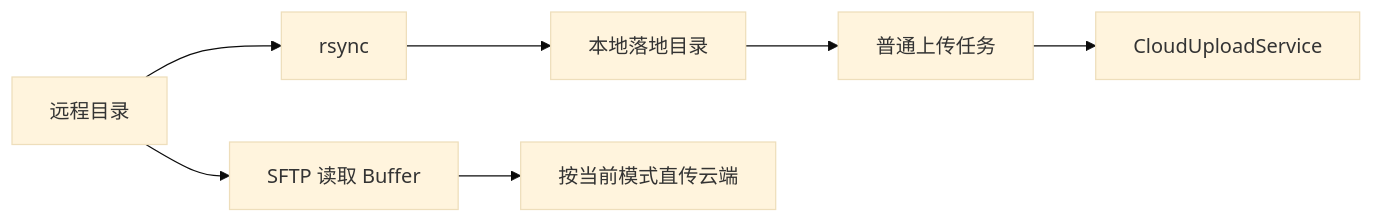
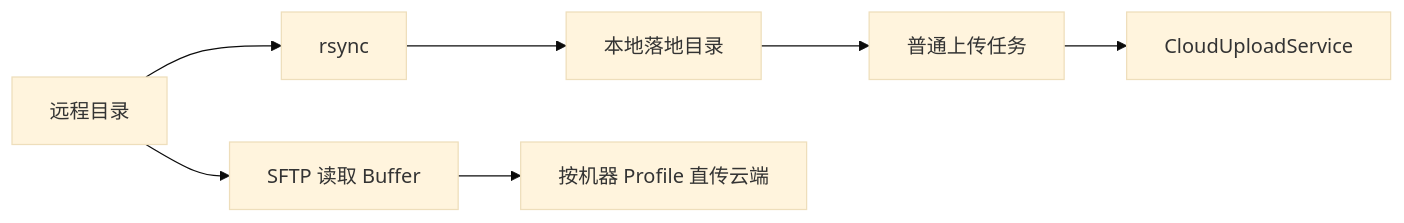
The second of 2 diagrams in docs/architecture/data-flow.md (MzKyle/Auto-Upload-Studio), drawn with Mermaid (base theme) before and after one commit. The commit also changed other lines of this file and 31 other files, not shown here.

````diff
--- a/docs/architecture/data-flow.md
+++ b/docs/architecture/data-flow.md
@@ -38,10 +38,10 @@
 ```mermaid
 flowchart LR
   Remote["远程目录"] --> Rsync["rsync"]
   Rsync --> Local["本地落地目录"]
   Local --> Task["普通上传任务"]
   Task --> Cloud["CloudUploadService"]
 
   Remote --> SFTP["SFTP 读取 Buffer"]
-  SFTP --> Direct["按当前模式直传云端"]
+  SFTP --> Direct["按机器 Profile 直传云端"]
 ```
````
